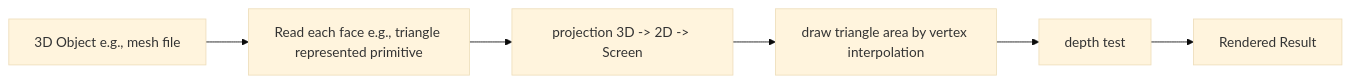
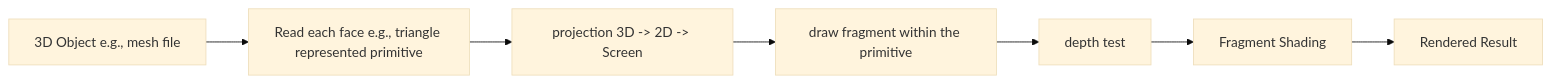
The diagram in README.md (z78406/Shadtakovich), drawn with Mermaid (base theme) before and after one commit. The commit also changed other lines of this file, not shown here.

````diff
--- a/README.md
+++ b/README.md
@@ -6,8 +7,9 @@
 ```mermaid
 graph LR
 A[3D Object e.g., mesh file] -->B[Read each face e.g., triangle represented primitive]
     B --> C[projection 3D -> 2D -> Screen]
-    C -->D[draw triangle area by vertex interpolation]
+    C -->D[draw fragment within the primitive]
     D -->E[depth test]
-    E -->F[Rendered Result]
+    E -->F[Fragment Shading]
+    F -->G[Rendered Result]
 ```
````
